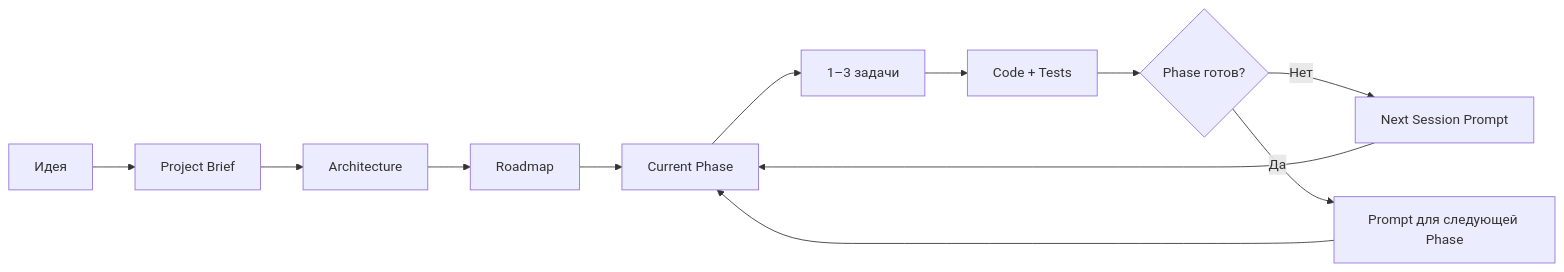
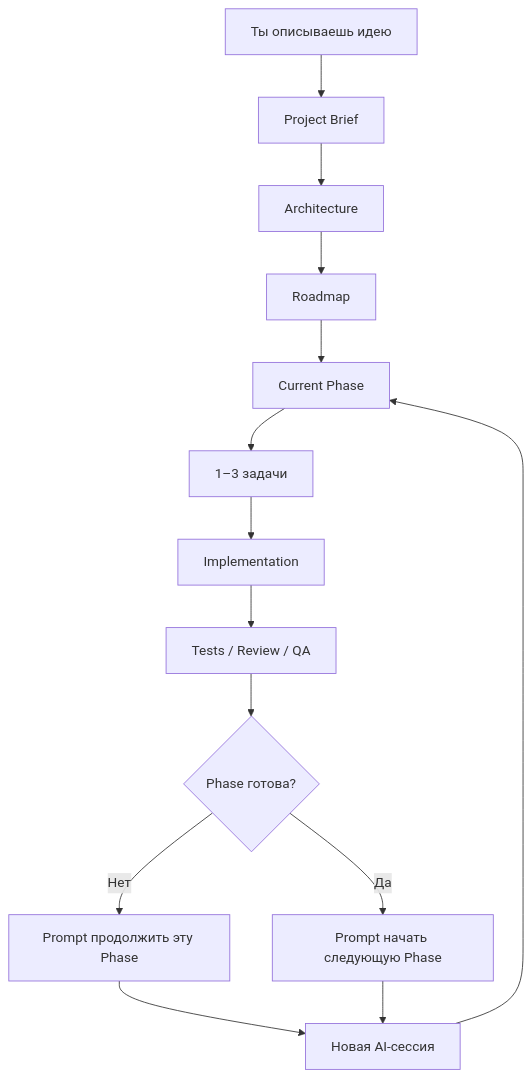
The diagram in README.md (Elguajo/Token-Efficient-Spec-Kit), drawn with Mermaid before and after one commit. The commit also changed other lines of this file, not shown here.

````diff
--- a/README.md
+++ b/README.md
@@ -94,14 +184,16 @@
 ```mermaid
-flowchart LR
-    A[Идея] --> B[Project Brief]
+flowchart TD
+    A[Ты описываешь идею] --> B[Project Brief]
     B --> C[Architecture]
     C --> D[Roadmap]
     D --> E[Current Phase]
     E --> F[1–3 задачи]
-    F --> G[Code + Tests]
-    G --> H{Phase готов?}
-    H -- Нет --> I[Next Session Prompt]
-    H -- Да --> J[Prompt для следующей Phase]
-    I --> E
-    J --> E
+    F --> G[Implementation]
+    G --> H[Tests / Review / QA]
+    H --> I{Phase готова?}
+    I -- Нет --> J[Prompt продолжить эту Phase]
+    I -- Да --> K[Prompt начать следующую Phase]
+    J --> L[Новая AI-сессия]
+    K --> L
+    L --> E
 ```
````
